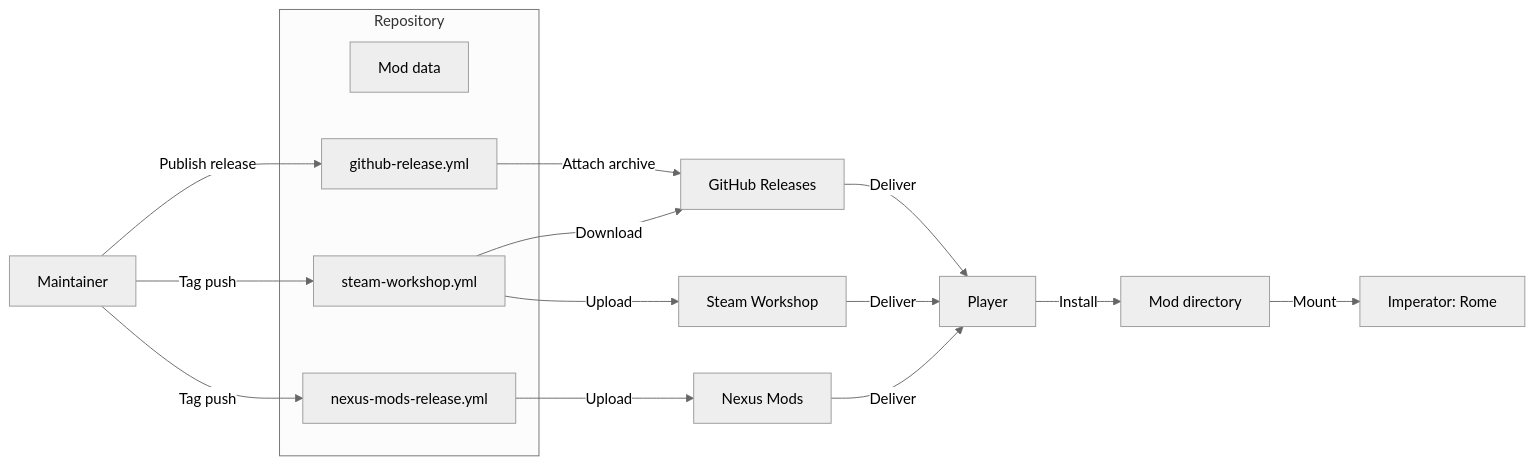
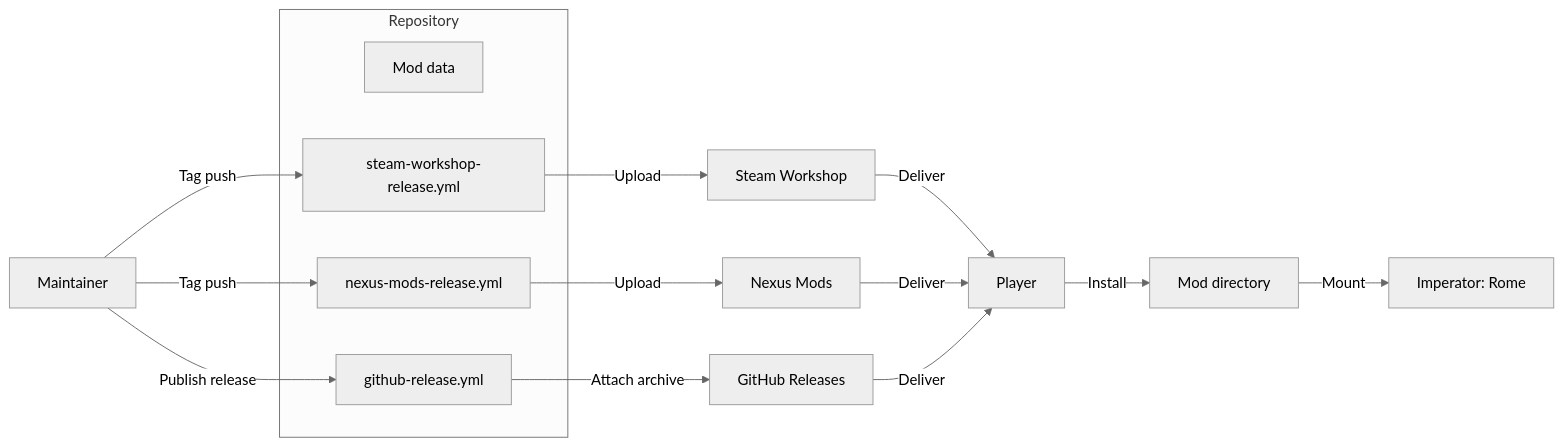
One commit to hmlendea/imperator-dracones-invictus changed the diagram in docs/integrations.md. Above: the diagram before and after it, drawn with Mermaid (neutral theme). The commit also changed other lines of this file and 25 other files, not shown here.

Commit message:
ci: Updated the Steam Workshop Release workflow

````diff
--- a/docs/integrations.md
+++ b/docs/integrations.md
@@ -58,21 +58,20 @@
 ```mermaid
 flowchart LR
     subgraph Repository
         Data[Mod data]
         Build[github-release.yml]
-        Workflow[steam-workshop.yml]
+        Workflow[steam-workshop-release.yml]
         NexusWorkflow[nexus-mods-release.yml]
     end
     Maintainer[Maintainer] -->|Publish release| Build
     Build -->|Attach archive| Releases[GitHub Releases]
     Maintainer -->|Tag push| Workflow
     Maintainer -->|Tag push| NexusWorkflow
-    Workflow -->|Download| Releases
     Workflow -->|Upload| Workshop[Steam Workshop]
     NexusWorkflow -->|Upload| Nexus[Nexus Mods]
     Workshop -->|Deliver| Player[Player]
     Nexus -->|Deliver| Player
     Releases -->|Deliver| Player
     Player -->|Install| ModDir[Mod directory]
     ModDir -->|Mount| Host[Imperator: Rome]
 ```
````
